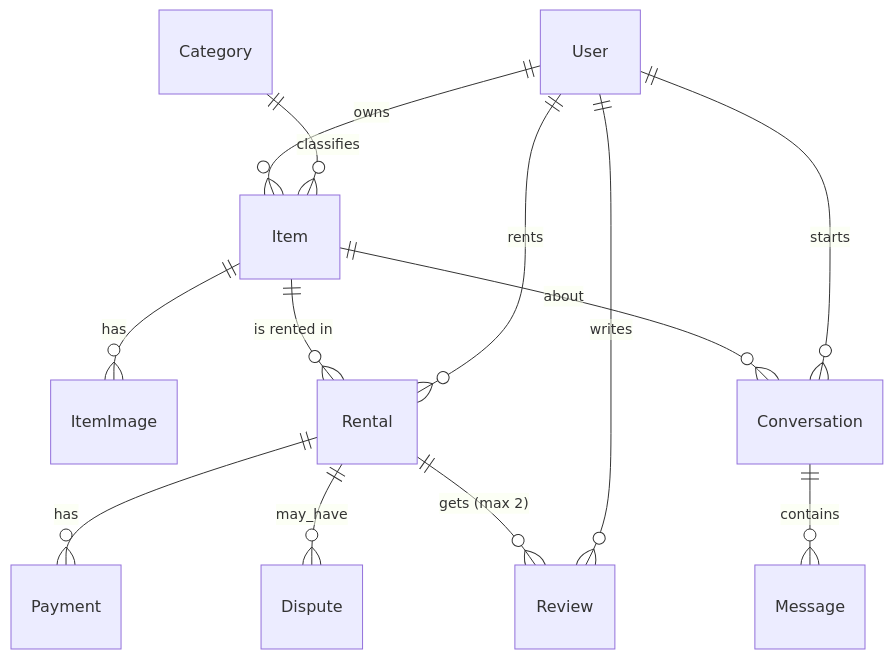
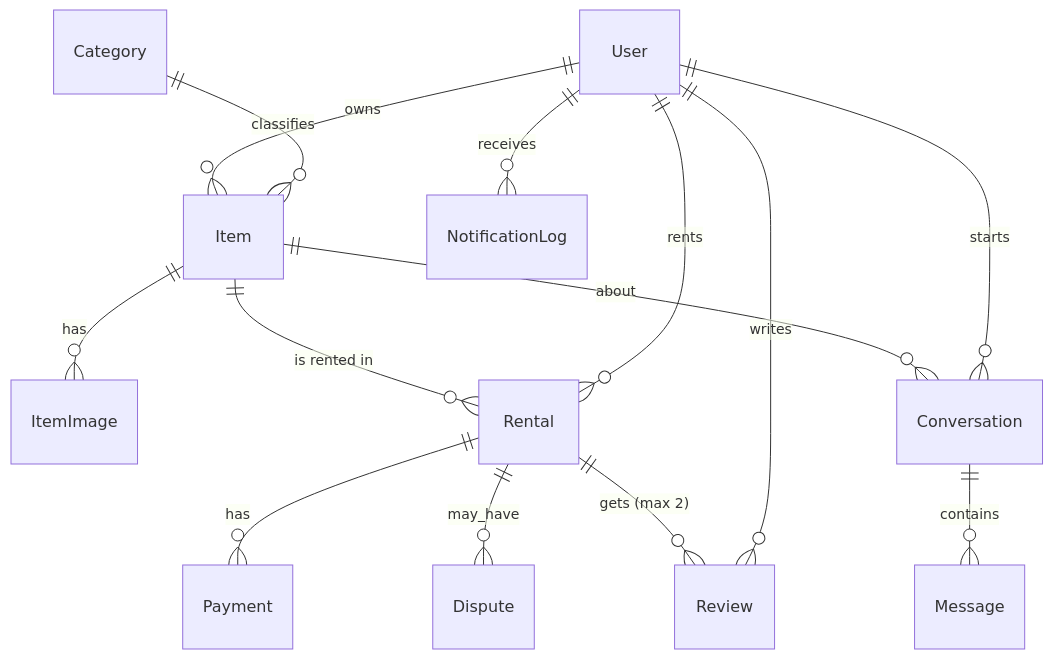
One commit to amirBazargani/Amantyab changed the diagram in docs/DOMAIN.md. Above: the diagram before and after it, drawn with Mermaid. The commit also changed other lines of this file and 7 other files, not shown here.

````diff
--- a/docs/DOMAIN.md
+++ b/docs/DOMAIN.md
@@ -35,15 +36,16 @@
 ```mermaid
 erDiagram
   User ||--o{ Item : owns
   Category ||--o{ Item : classifies
   Item ||--o{ ItemImage : has
   Item ||--o{ Rental : "is rented in"
   User ||--o{ Rental : rents
   Rental ||--o{ Payment : has
   Rental ||--o{ Dispute : may_have
   Rental ||--o{ Review : "gets (max 2)"
   User ||--o{ Review : writes
   Item ||--o{ Conversation : about
   User ||--o{ Conversation : starts
   Conversation ||--o{ Message : contains
+  User ||--o{ NotificationLog : receives
 ```
````
